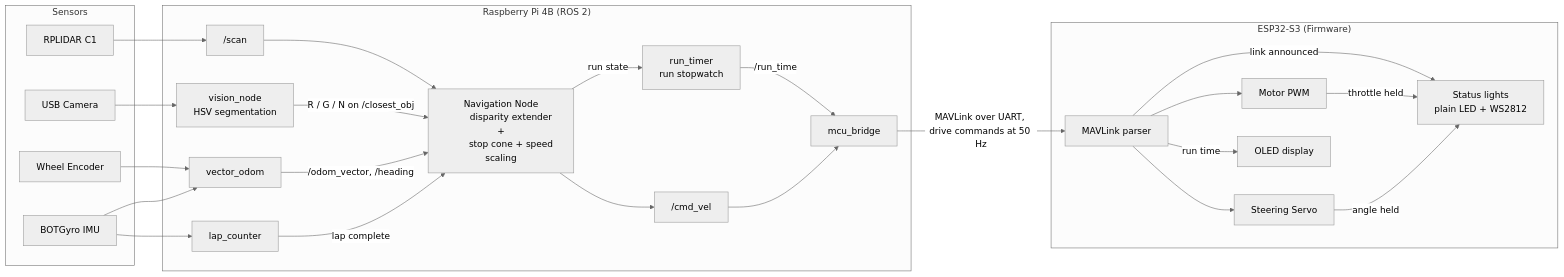
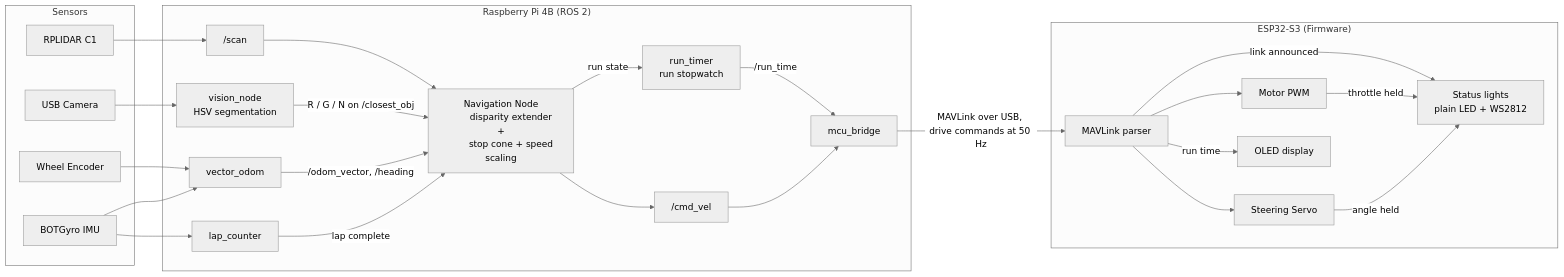
The first of 4 diagrams in README.md (muztahiddurjoy/gorur_gari_2026), drawn with Mermaid (neutral theme) before and after one commit. The commit also changed other lines of this file and 8 other files, not shown here.

````diff
--- a/README.md
+++ b/README.md
@@ -198,52 +193,52 @@
 ```mermaid
 flowchart LR
     subgraph Sensors
         LIDAR[RPLIDAR C1]
         ENC[Wheel Encoder]
         IMU[BOTGyro IMU]
         CAM[USB Camera]
     end
 
     subgraph Pi["Raspberry Pi 4B (ROS 2)"]
         SCAN["/scan"]
         NAV["Navigation Node
         disparity extender +
         stop cone + speed scaling"]
         ODOM[vector_odom]
         VISION["vision_node
         HSV segmentation"]
         LAP[lap_counter]
         TIMER["run_timer
         run stopwatch"]
         CMDVEL["/cmd_vel"]
         BRIDGE[mcu_bridge]
     end
 
     subgraph ESP["ESP32-S3 (Firmware)"]
         MAV[MAVLink parser]
         MOTOR[Motor PWM]
         SERVO[Steering Servo]
         LEDS["Status lights
         plain LED + WS2812"]
         OLED[OLED display]
     end
 
     LIDAR --> SCAN --> NAV
     ENC --> ODOM
     IMU --> ODOM
     IMU --> LAP
     CAM --> VISION
     VISION -->|"R / G / N on /closest_obj"| NAV
     ODOM -->|"/odom_vector, /heading"| NAV
     LAP -->|lap complete| NAV
     NAV -->|run state| TIMER
     TIMER -->|"/run_time"| BRIDGE
     NAV --> CMDVEL --> BRIDGE
-    BRIDGE -->|"MAVLink over UART, drive commands at 50 Hz"| MAV
+    BRIDGE -->|"MAVLink over USB, drive commands at 50 Hz"| MAV
     MAV --> MOTOR
     MAV --> SERVO
     MAV -->|link announced| LEDS
     MAV -->|run time| OLED
     MOTOR -->|throttle held| LEDS
     SERVO -->|angle held| LEDS
 ```
````
